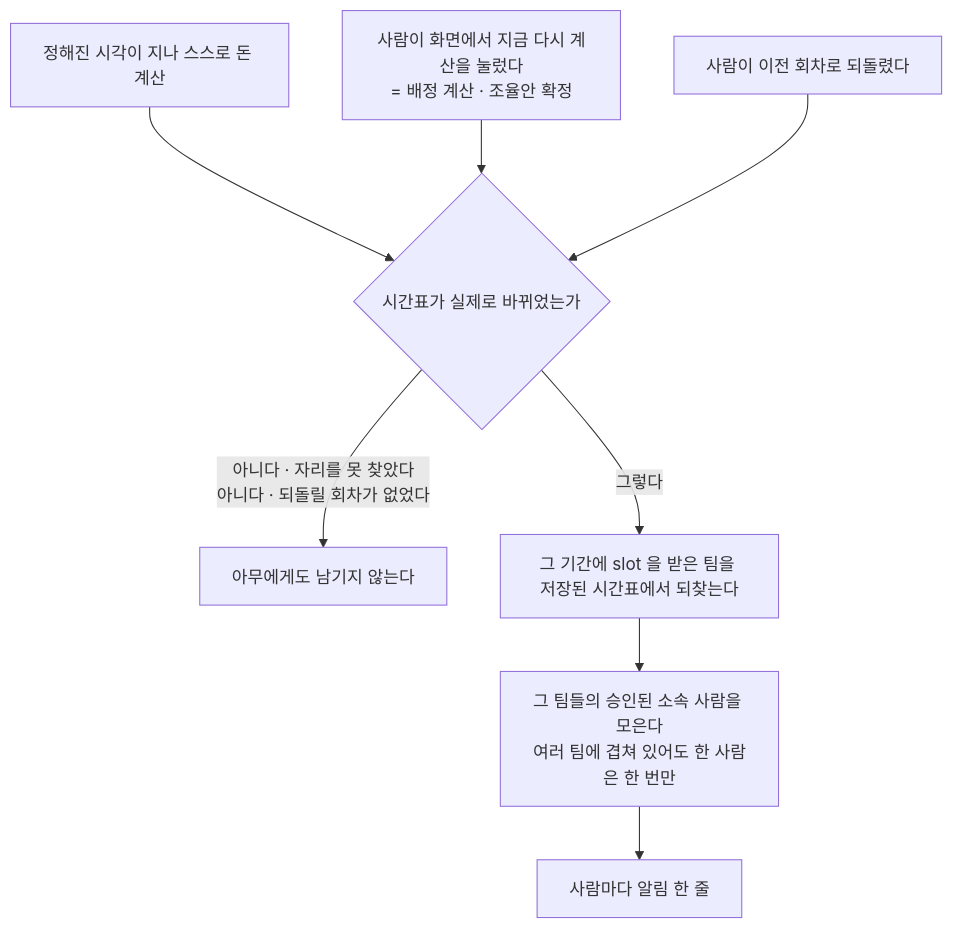
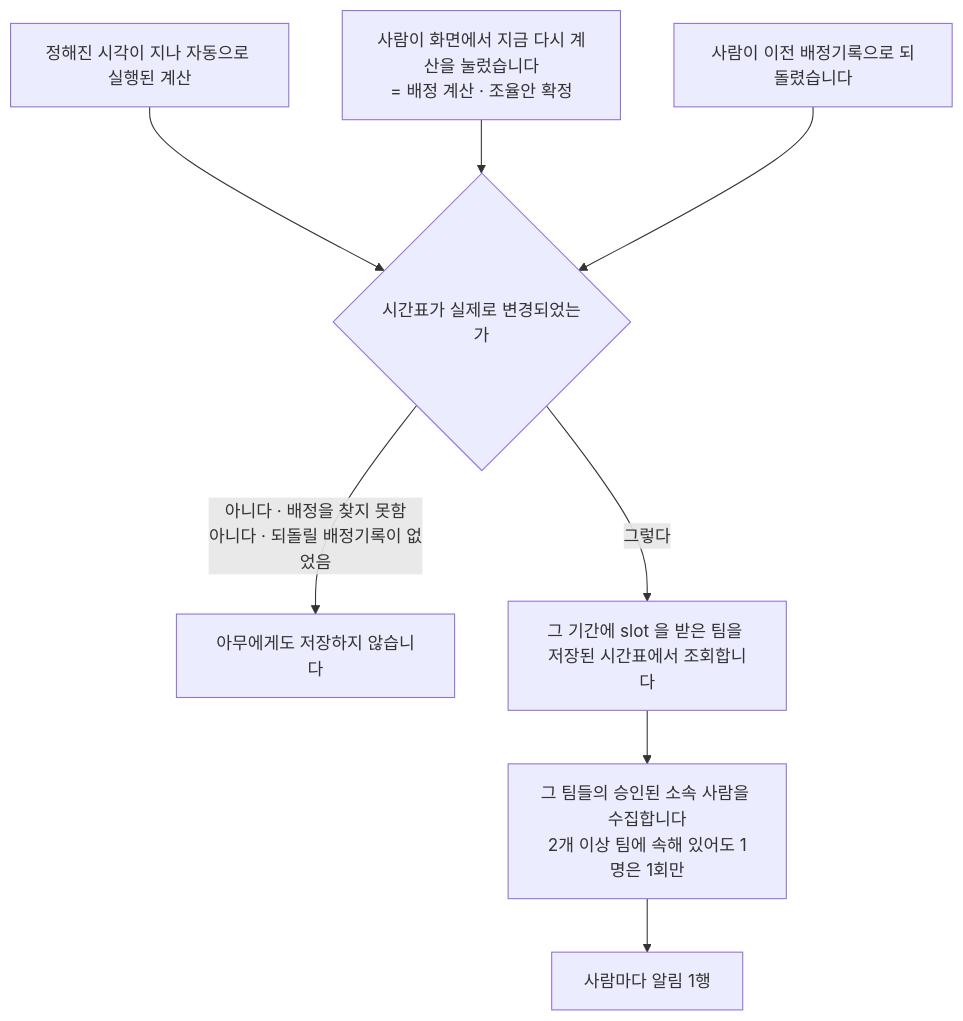
One commit to minkong-dev/Banblit changed the third of 3 diagrams in .cluedoc/auto-assignment/README.md. Above: the diagram before and after it, drawn with Mermaid. The commit also changed other lines of this file and 188 other files, not shown here.

````diff
--- a/.cluedoc/auto-assignment/README.md
+++ b/.cluedoc/auto-assignment/README.md
@@ -193,11 +193,11 @@
 ```mermaid
 flowchart TD
-    A[정해진 시각이 지나 스스로 돈 계산] --> S
-    B[사람이 화면에서 지금 다시 계산을 눌렀다<br/>= 배정 계산 · 조율안 확정] --> S
-    C[사람이 이전 회차로 되돌렸다] --> S
-    S{시간표가 실제로 바뀌었는가}
-    S -->|아니다 · 자리를 못 찾았다<br/>아니다 · 되돌릴 회차가 없었다| N[아무에게도 남기지 않는다]
-    S -->|그렇다| M[그 기간에 slot 을 받은 팀을 저장된 시간표에서 되찾는다]
-    M --> P[그 팀들의 승인된 소속 사람을 모은다<br/>여러 팀에 겹쳐 있어도 한 사람은 한 번만]
-    P --> W[사람마다 알림 한 줄]
+    A[정해진 시각이 지나 자동으로 실행된 계산] --> S
+    B[사람이 화면에서 지금 다시 계산을 눌렀습니다<br/>= 배정 계산 · 조율안 확정] --> S
+    C[사람이 이전 배정기록으로 되돌렸습니다] --> S
+    S{시간표가 실제로 변경되었는가}
+    S -->|아니다 · 배정을 찾지 못함<br/>아니다 · 되돌릴 배정기록이 없었음| N[아무에게도 저장하지 않습니다]
+    S -->|그렇다| M[그 기간에 slot 을 받은 팀을 저장된 시간표에서 조회합니다]
+    M --> P[그 팀들의 승인된 소속 사람을 수집합니다<br/>2개 이상 팀에 속해 있어도 1명은 1회만]
+    P --> W[사람마다 알림 1행]
 ```
````
